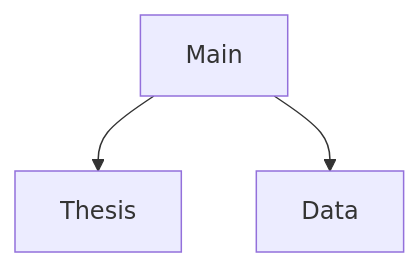
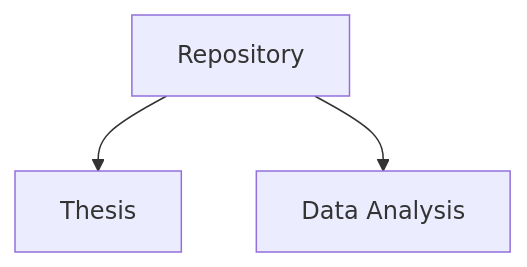
One commit to Raquel-Montero/PhDThesis changed the diagram in README.md. Above: the diagram before and after it, drawn with Mermaid.

````diff
--- a/README.md
+++ b/README.md
@@ -6,6 +6,6 @@
 ```mermaid
 graph TD;
-    Main -->Thesis;
-    Main-->Data;
+    A[Repository] -->B[Thesis];
+    A[Repository]-->C[Data Analysis];
     
 ```
````
